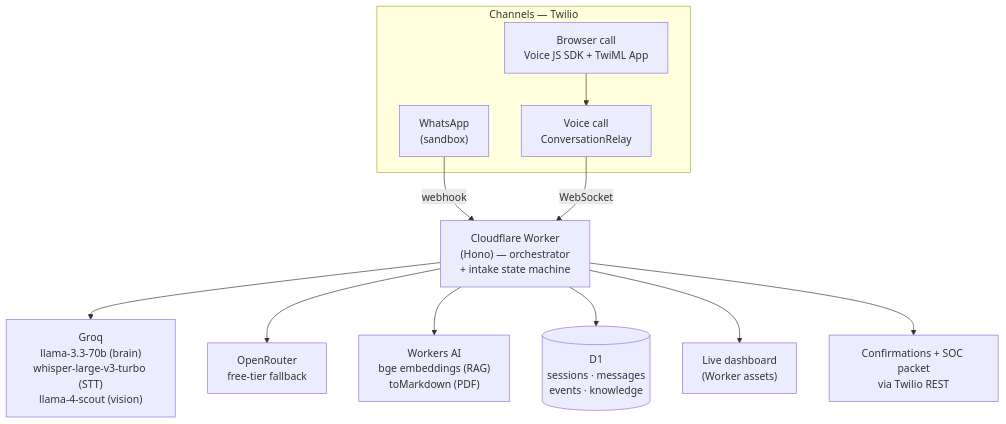
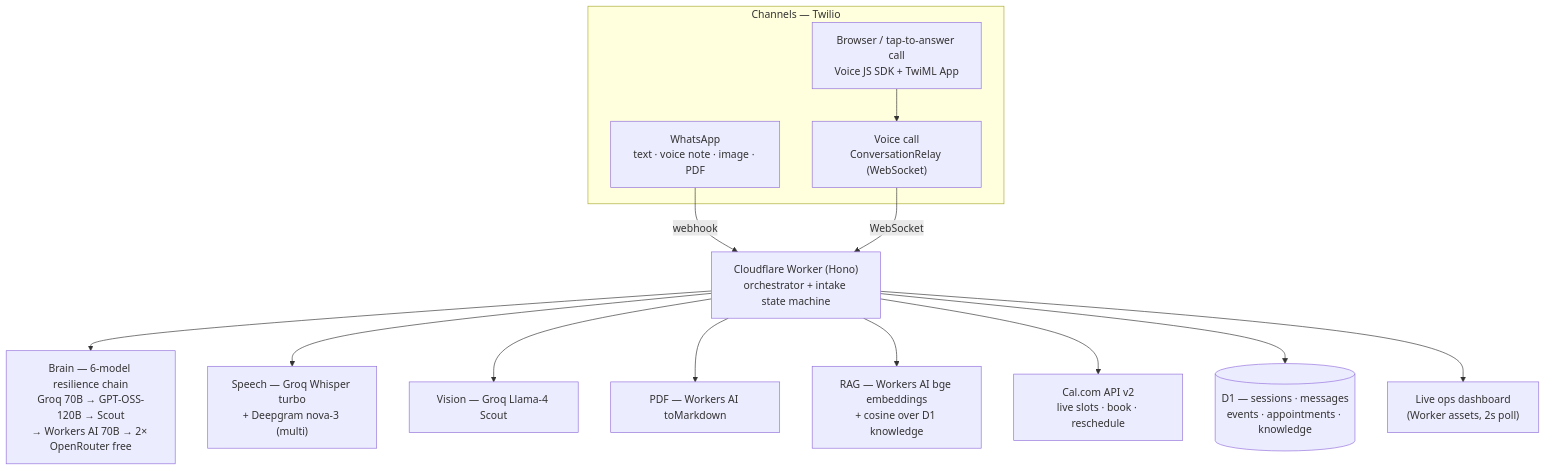
One commit to roshaninfordham/intakecare-ai changed the second of 5 diagrams in README.md. Above: the diagram before and after it, drawn with Mermaid. The commit also changed other lines of this file and 1 other file, not shown here.

First line of the commit message:
docs: reframe README + DEVPOST around Arya's start-of-care intake thesis with sourced market stats

````diff
--- a/README.md
+++ b/README.md
@@ -48,17 +80,19 @@
 ```mermaid
 flowchart TD
     subgraph CH["Channels — Twilio"]
-        WA["WhatsApp<br/>(sandbox)"]
-        V["Voice call<br/>ConversationRelay"]
-        BR["Browser call<br/>Voice JS SDK + TwiML App"]
+        WA["WhatsApp<br/>text · voice note · image · PDF"]
+        V["Voice call<br/>ConversationRelay (WebSocket)"]
+        BR["Browser / tap-to-answer call<br/>Voice JS SDK + TwiML App"]
     end
-    WA -->|webhook| WK["Cloudflare Worker<br/>(Hono) — orchestrator<br/>+ intake state machine"]
+    WA -->|webhook| WK["Cloudflare Worker (Hono)<br/>orchestrator + intake state machine"]
     V -->|WebSocket| WK
     BR --> V
-    WK --> GROQ["Groq<br/>llama-3.3-70b (brain)<br/>whisper-large-v3-turbo (STT)<br/>llama-4-scout (vision)"]
-    WK --> ORT["OpenRouter<br/>free-tier fallback"]
-    WK --> WAI["Workers AI<br/>bge embeddings (RAG)<br/>toMarkdown (PDF)"]
-    WK --> D1[("D1<br/>sessions · messages<br/>events · knowledge")]
-    WK --> DASH["Live dashboard<br/>(Worker assets)"]
-    WK --> OUT["Confirmations + SOC packet<br/>via Twilio REST"]
+    WK --> BRAIN["Brain — 6-model resilience chain<br/>Groq 70B → GPT-OSS-120B → Scout<br/>→ Workers AI 70B → 2× OpenRouter free"]
+    WK --> STT["Speech — Groq Whisper turbo<br/>+ Deepgram nova-3 (multi)"]
+    WK --> VIS["Vision — Groq Llama-4 Scout"]
+    WK --> PDF["PDF — Workers AI toMarkdown"]
+    WK --> RAG["RAG — Workers AI bge embeddings<br/>+ cosine over D1 knowledge"]
+    WK --> CAL["Cal.com API v2<br/>live slots · book · reschedule"]
+    WK --> D1[("D1 — sessions · messages<br/>events · appointments · knowledge")]
+    WK --> DASH["Live ops dashboard<br/>(Worker assets, 2s poll)"]
 ```
````
